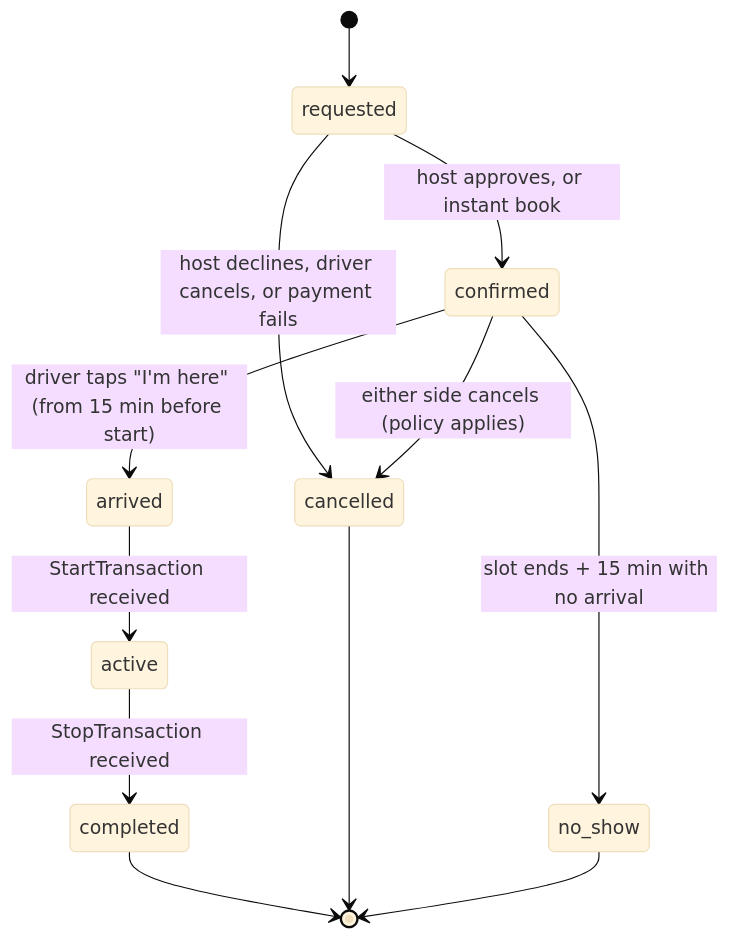
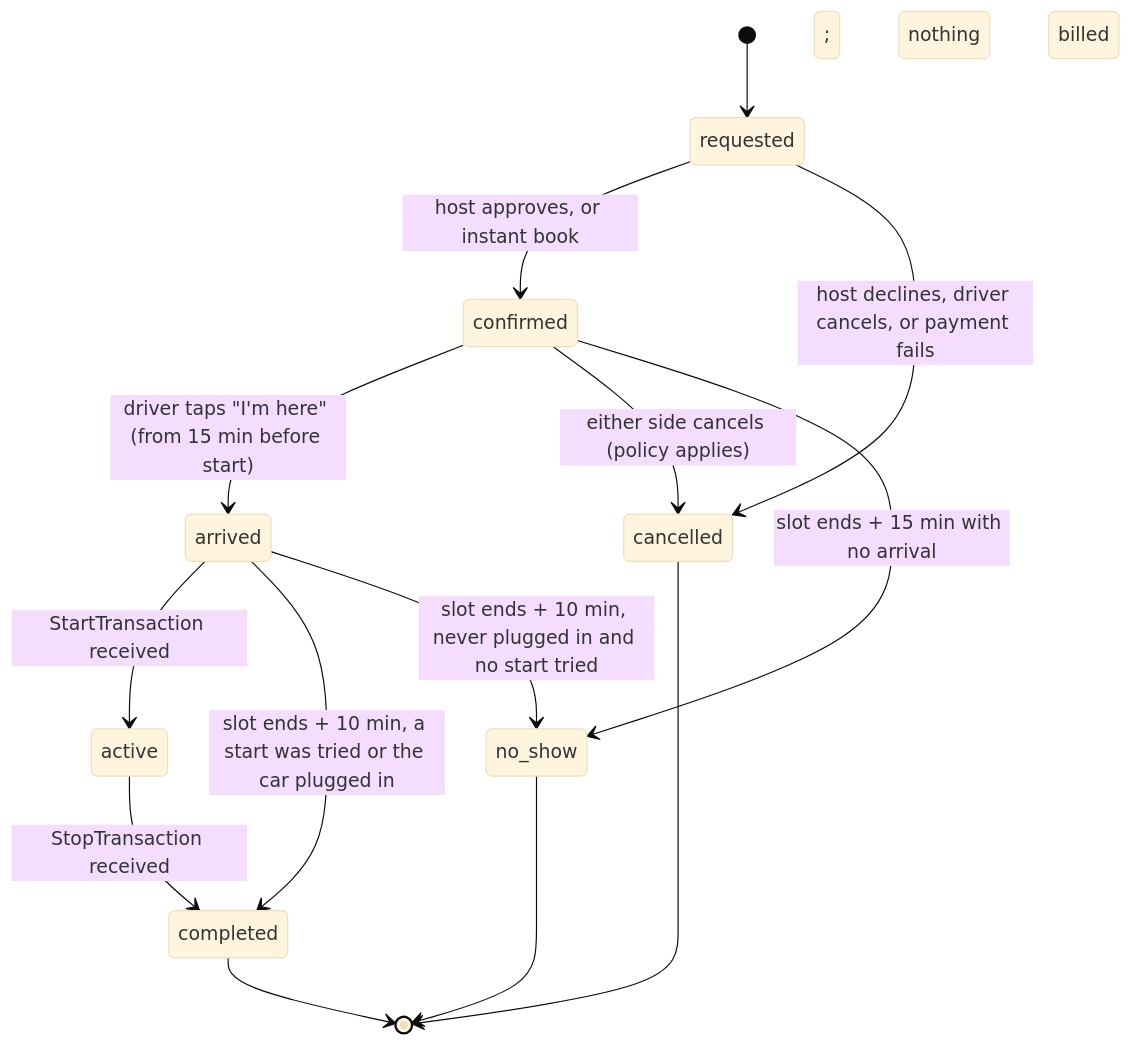
One commit to sprintengine/nd changed the third of 5 diagrams in docs/ARCHITECTURE.md. Above: the diagram before and after it, drawn with Mermaid (base theme). The commit also changed other lines of this file and 1 other file, not shown here.

````diff
--- a/docs/ARCHITECTURE.md
+++ b/docs/ARCHITECTURE.md
@@ -230,14 +230,16 @@
 ```mermaid
 stateDiagram-v2
   [*] --> requested
   requested --> confirmed: host approves, or instant book
   requested --> cancelled: host declines, driver cancels, or payment fails
   confirmed --> arrived: driver taps "I'm here" (from 15 min before start)
   confirmed --> cancelled: either side cancels (policy applies)
   confirmed --> no_show: slot ends + 15 min with no arrival
   arrived --> active: StartTransaction received
+  arrived --> completed: slot ends + 10 min, a start was tried or the car plugged in; nothing billed
+  arrived --> no_show: slot ends + 10 min, never plugged in and no start tried
   active --> completed: StopTransaction received
   completed --> [*]
   cancelled --> [*]
   no_show --> [*]
 ```
````
